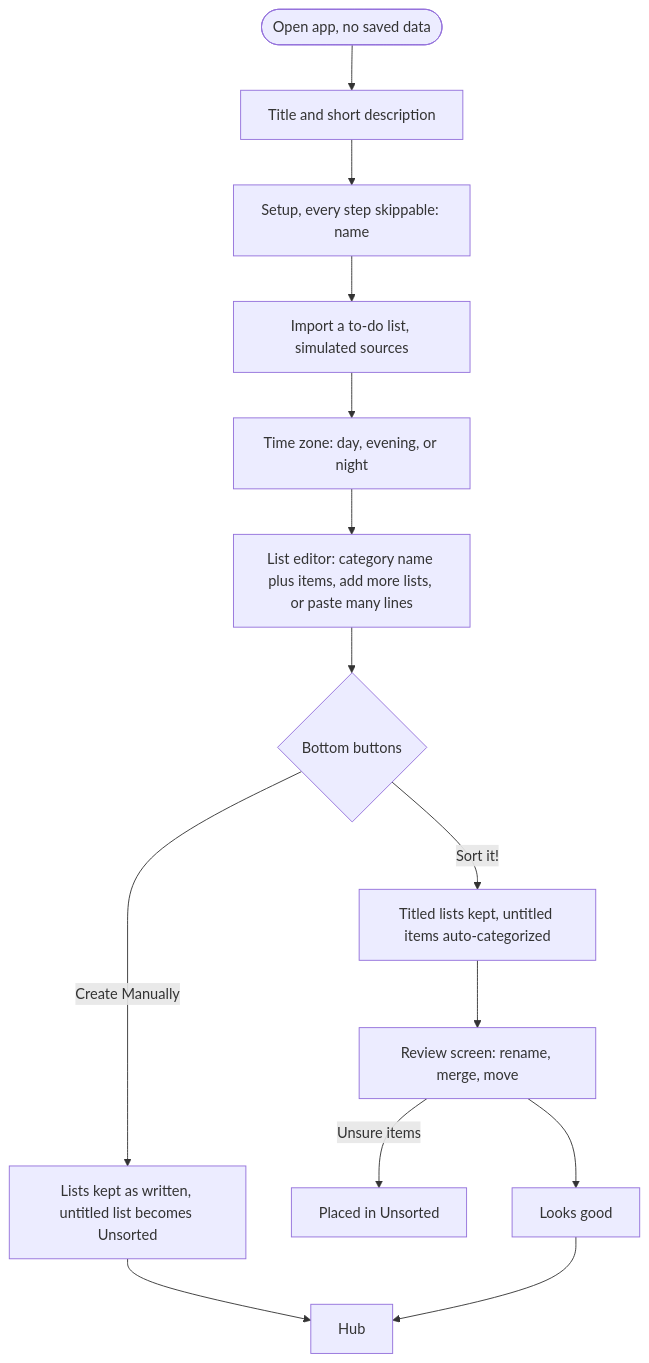
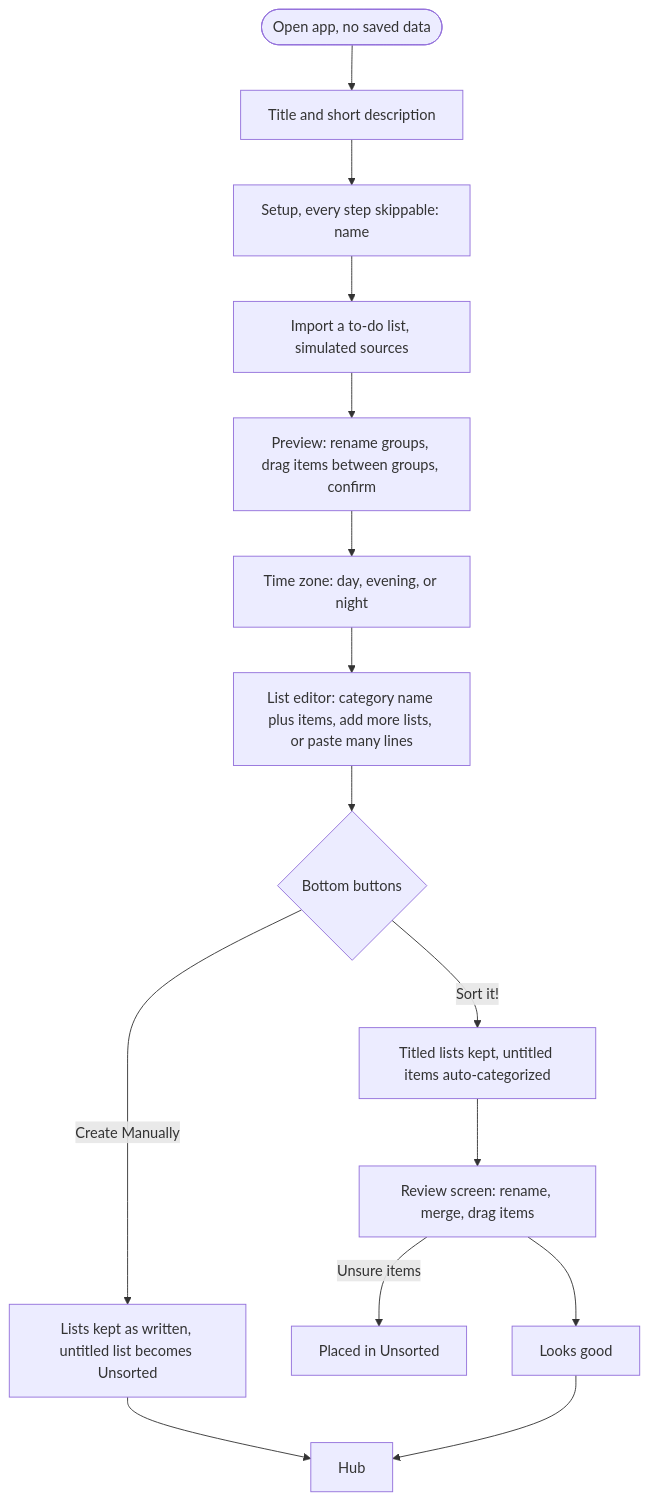
One commit to Cat-a-rina/dont-forget changed the first of 3 diagrams in README.md. Above: the diagram before and after it, drawn with Mermaid. The commit also changed other lines of this file and 28 other files, not shown here.

````diff
--- a/README.md
+++ b/README.md
@@ -12,16 +12,18 @@
 ```mermaid
 flowchart TD
     A([Open app, no saved data]) --> B[Title and short description]
     B --> C[Setup, every step skippable: name]
     C --> D[Import a to-do list, simulated sources]
-    D --> E[Time zone: day, evening, or night]
+    D --> D2[Preview: rename groups, drag items between groups, confirm]
+    D2 --> E
+    E[Time zone: day, evening, or night]
     E --> F[List editor: category name plus items, add more lists, or paste many lines]
     F --> G{Bottom buttons}
     G -->|Create Manually| H[Lists kept as written, untitled list becomes Unsorted]
     G -->|Sort it!| I[Titled lists kept, untitled items auto-categorized]
-    I --> J[Review screen: rename, merge, move]
+    I --> J[Review screen: rename, merge, drag items]
     J -->|Unsure items| K[Placed in Unsorted]
     J --> L[Looks good]
     H --> M[Hub]
     L --> M
 ```
````
